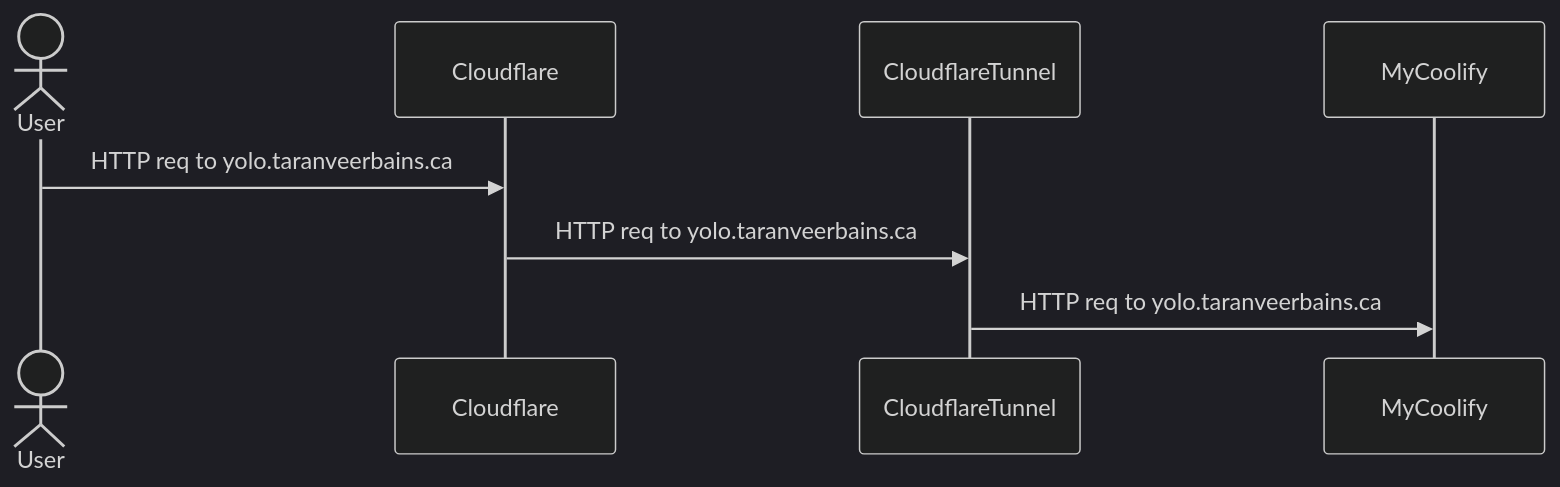
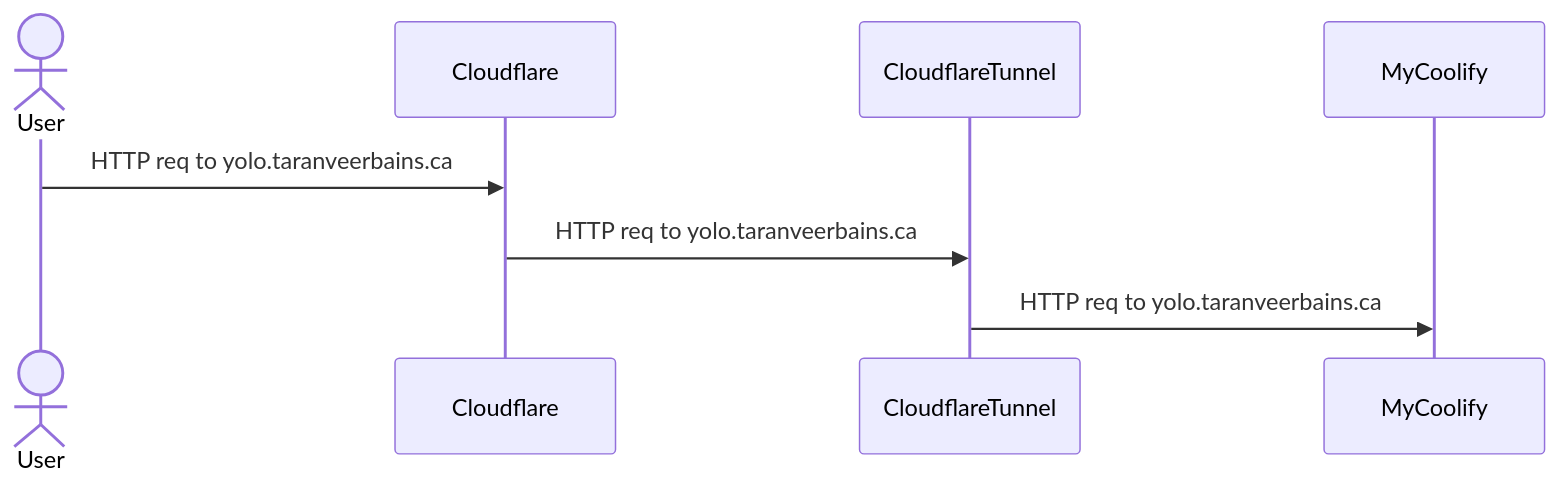
One commit to tearingItUp786/blog changed the diagram in content/blog/16-self-hosting/index.mdx. Above: the diagram before and after it, drawn with Mermaid.

Commit message:
fix: remove dark theme override from self-hosting mermaid diagram

````diff
--- a/content/blog/16-self-hosting/index.mdx
+++ b/content/blog/16-self-hosting/index.mdx
@@ -318,17 +318,12 @@
 ```mermaid
-%%{
-  init: {
-    'theme': 'dark'
-  }
-}%%
 sequenceDiagram
     Actor User
     participant Cloudflare
     participant CloudflareTunnel
     participant MyCoolify
 
     User->>Cloudflare: HTTP req to yolo.taranveerbains.ca
     Cloudflare->>CloudflareTunnel: HTTP req to yolo.taranveerbains.ca
     CloudflareTunnel->>MyCoolify: HTTP req to yolo.taranveerbains.ca
 
 ```
````
